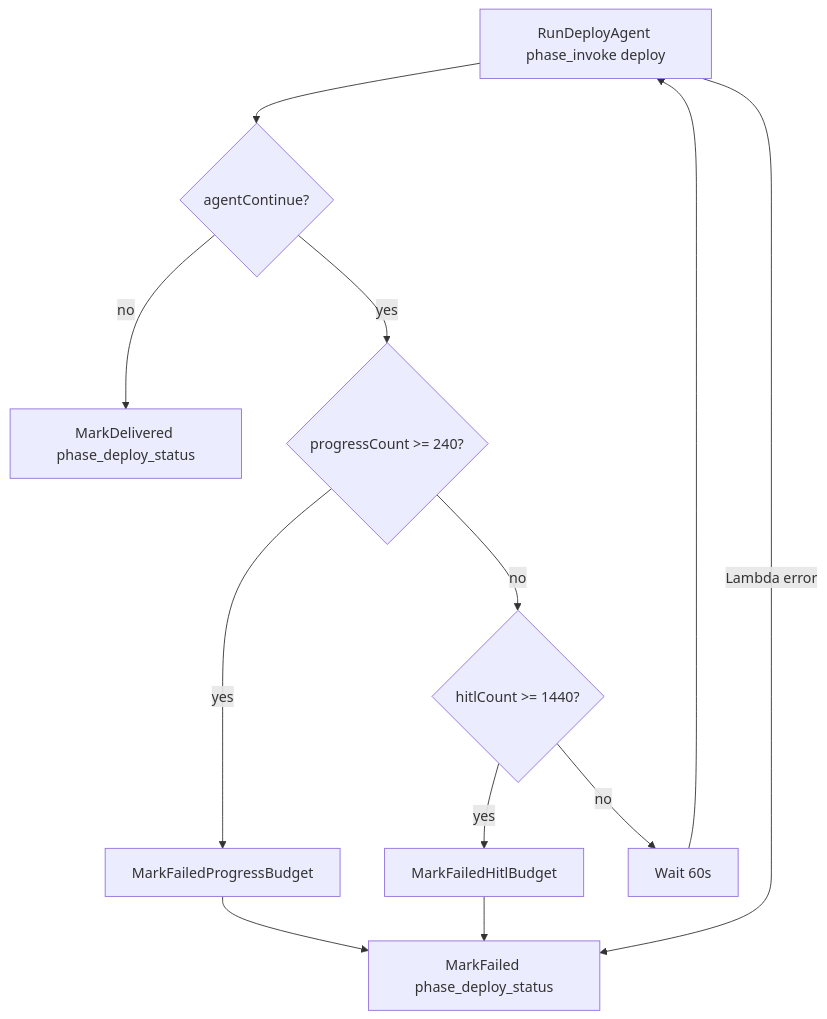
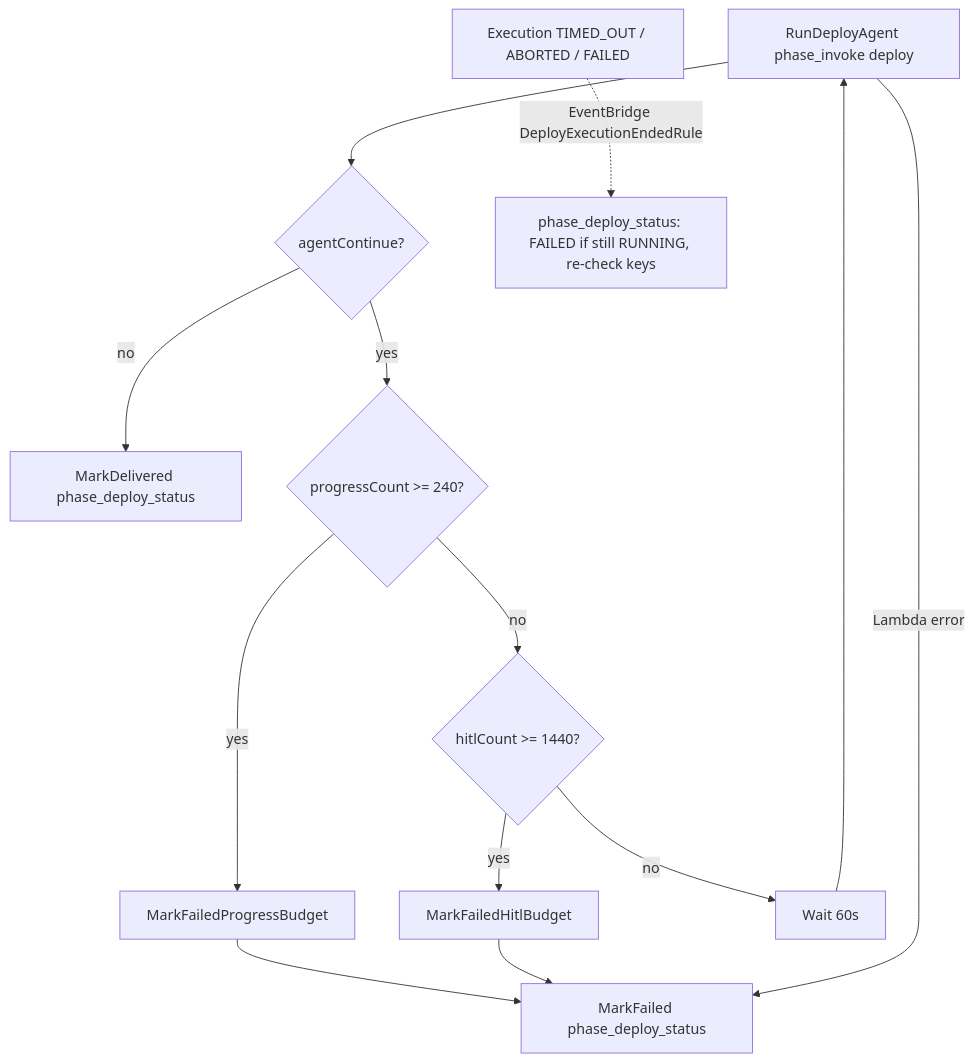
One commit to naveen-aivar/lz-agent changed the diagram in docs/deployment-agent-transform.md. Above: the diagram before and after it, drawn with Mermaid. The commit also changed other lines of this file and 23 other files, not shown here.

First line of the commit message:
WIP: deploy hardening changes from the main checkout (credential process, ARNs, deploy status, ASL)

````diff
--- a/docs/deployment-agent-transform.md
+++ b/docs/deployment-agent-transform.md
@@ -23,14 +23,15 @@
 ```mermaid
 flowchart TD
   A[RunDeployAgent phase_invoke deploy] --> B{agentContinue?}
   B -->|no| G[MarkDelivered phase_deploy_status]
   B -->|yes| P{progressCount >= 240?}
   P -->|yes| FP[MarkFailedProgressBudget]
   P -->|no| H{hitlCount >= 1440?}
   H -->|yes| FH[MarkFailedHitlBudget]
   H -->|no| W[Wait 60s]
   W --> A
   FP --> F[MarkFailed phase_deploy_status]
   FH --> F
   A -->|Lambda error| F
+  X[Execution TIMED_OUT / ABORTED / FAILED] -.->|EventBridge DeployExecutionEndedRule| S[phase_deploy_status: FAILED if still RUNNING, re-check keys]
 ```
````
